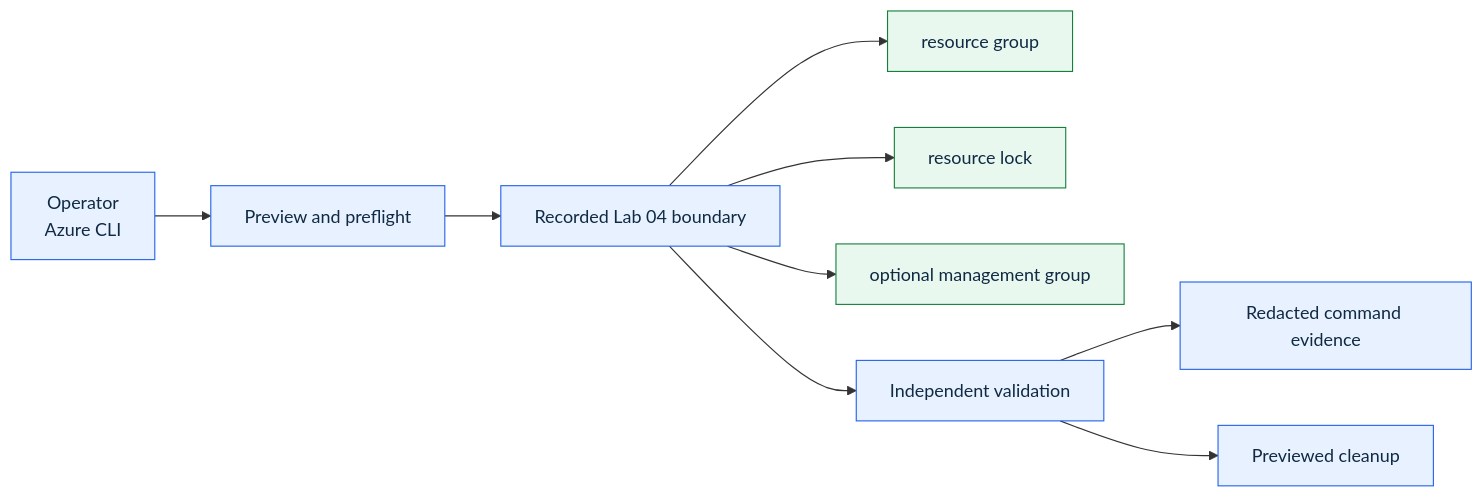
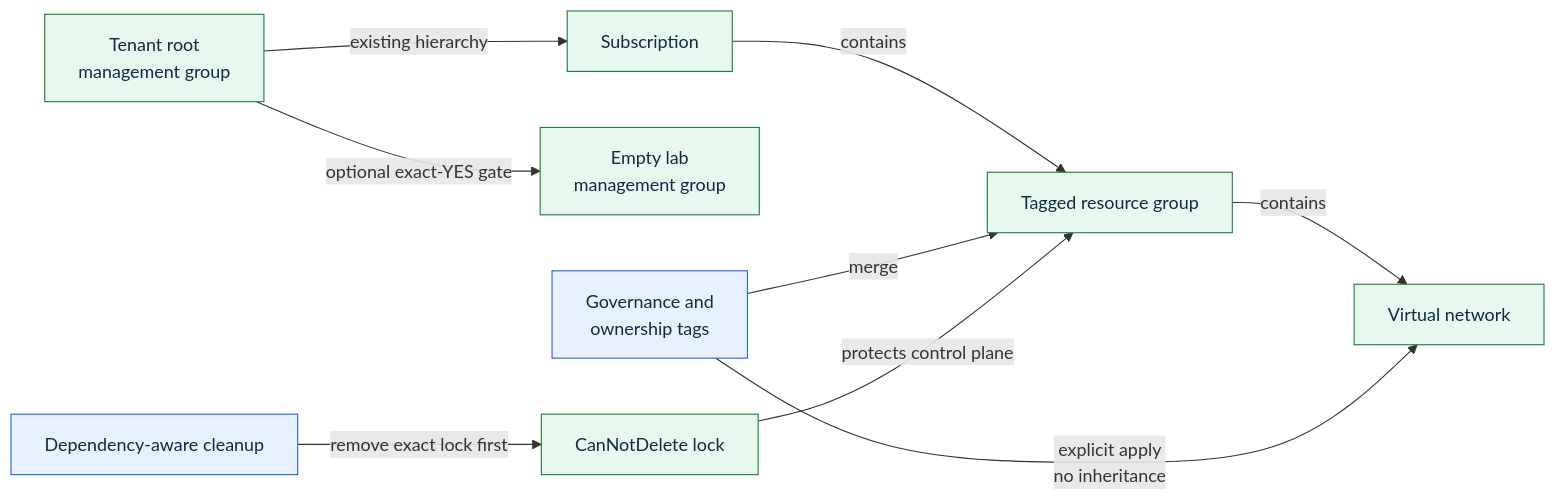
One commit to amineMehdi/az104-azure-administrator-labs changed the diagram in labs/04-resource-hierarchy-tags-locks/diagrams/architecture.mmd. Above: the diagram before and after it, drawn with Mermaid. The commit also changed 497 other files, not shown here.

```diff
--- a/labs/04-resource-hierarchy-tags-locks/diagrams/architecture.mmd
+++ b/labs/04-resource-hierarchy-tags-locks/diagrams/architecture.mmd
@@ -1,13 +1,13 @@
 flowchart LR
-    A["Operator<br/>Azure CLI"] --> P["Preview and preflight"]
-    P --> S["Recorded Lab 04 boundary"]
-    S --> R1["resource group"]
-    S --> R2["resource lock"]
-    S --> R3["optional management group"]
-    S --> V["Independent validation"]
-    V --> E["Redacted command evidence"]
-    V --> C["Previewed cleanup"]
+    root[Tenant root<br/>management group] -->|existing hierarchy| sub[Subscription]
+    root -->|optional exact-YES gate| optional[Empty lab<br/>management group]
+    sub -->|contains| rg[Tagged resource group]
+    rg -->|contains| vnet[Virtual network]
+    tags[Governance and<br/>ownership tags] -->|merge| rg
+    tags -->|explicit apply<br/>no inheritance| vnet
+    lock[CanNotDelete lock] -->|protects control plane| rg
+    cleanup[Dependency-aware cleanup] -->|remove exact lock first| lock
     classDef control fill:#e8f1ff,stroke:#2563eb,color:#102a43;
     classDef resource fill:#e9f8ef,stroke:#16803a,color:#102a43;
-    class A,P,S,V,E,C control;
-    class R1,R2,R3 resource;
+    class tags,cleanup control;
+    class root,sub,optional,rg,vnet,lock resource;
```
